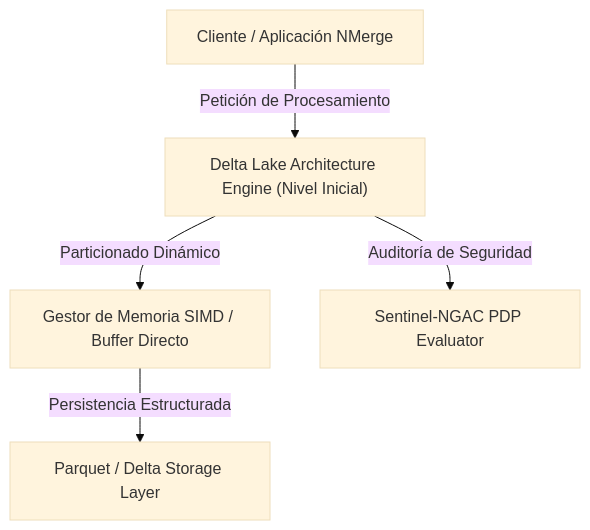
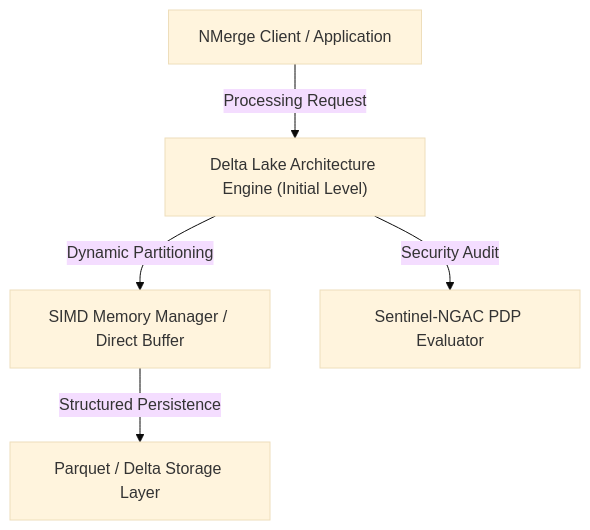
The diagram in public/docs/en/datascience_deltalake.md (gjpierp/nmergeia), drawn with Mermaid (base theme) before and after one commit. The commit also changed other lines of this file and 182 other files, not shown here.

Commit message:
fix(i18n): sincronizar claves de menú i18n para los 7 idiomas, traducir diagramas Mermaid y agregar fallback a español contra 404 de Vite

````diff
--- a/public/docs/en/datascience_deltalake.md
+++ b/public/docs/en/datascience_deltalake.md
@@ -16,7 +16,7 @@
 ```mermaid
 flowchart TD
-    A["Cliente / Aplicación NMerge"] -->|Petición de Procesamiento| B["Delta Lake Architecture Engine (Nivel Inicial)"]
-    B -->|Particionado Dinámico| C["Gestor de Memoria SIMD / Buffer Directo"]
-    C -->|Persistencia Estructurada| D["Parquet / Delta Storage Layer"]
-    B -->|Auditoría de Seguridad| E["Sentinel-NGAC PDP Evaluator"]
+    A["NMerge Client / Application"] -->|Processing Request| B["Delta Lake Architecture Engine (Initial Level)"]
+    B -->|Dynamic Partitioning| C["SIMD Memory Manager / Direct Buffer"]
+    C -->|Structured Persistence| D["Parquet / Delta Storage Layer"]
+    B -->|Security Audit| E["Sentinel-NGAC PDP Evaluator"]
 ```
````
